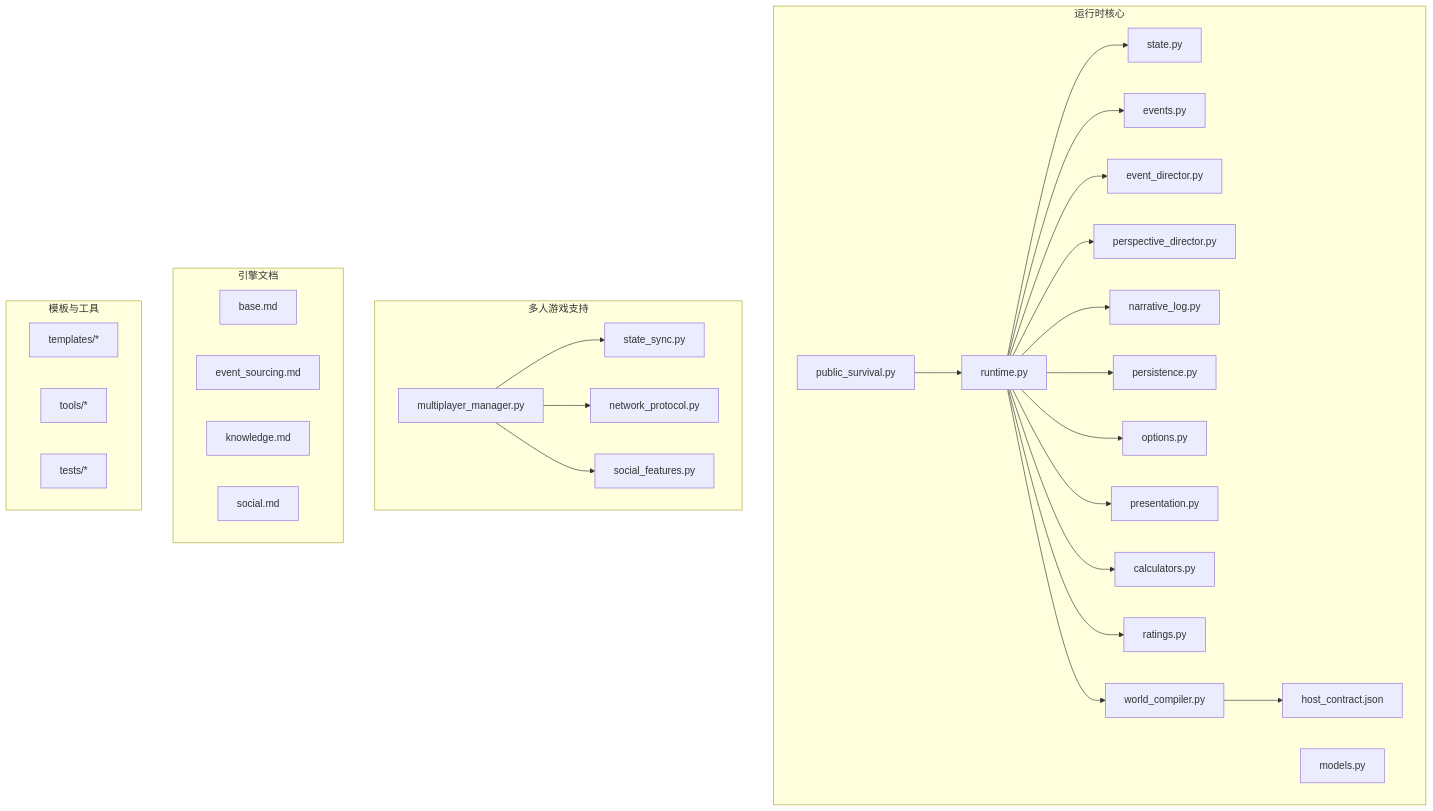
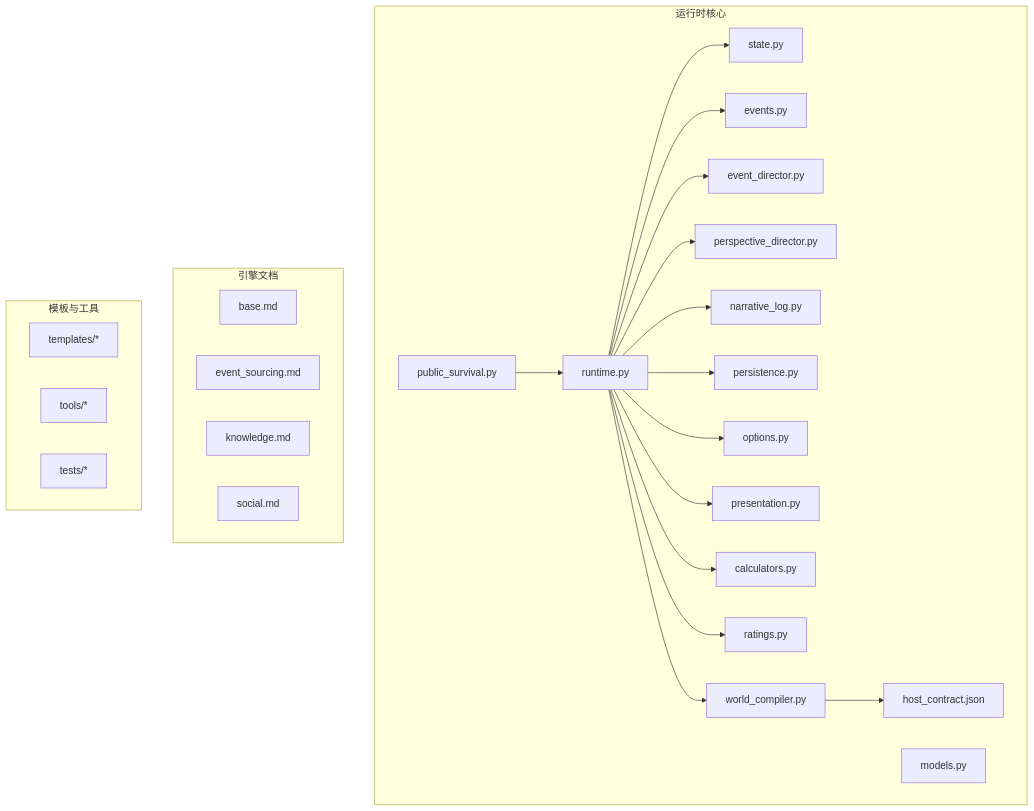
One commit to Ivandanslespace/thegreatnovel changed the first of 9 diagrams in .qoder/repowiki/zh/content/运行时系统/公共生存模式.md. Above: the diagram before and after it, drawn with Mermaid. The commit also changed other lines of this file and 100 other files, not shown here.

````diff
--- a/.qoder/repowiki/zh/content/运行时系统/公共生存模式.md
+++ b/.qoder/repowiki/zh/content/运行时系统/公共生存模式.md
@@ -61,53 +60,44 @@
 ```mermaid
 graph TB
 subgraph "运行时核心"
 PS["public_survival.py"]
 RT["runtime.py"]
 ST["state.py"]
 MD["models.py"]
 EV["events.py"]
 ED["event_director.py"]
 PD["perspective_director.py"]
 NL["narrative_log.py"]
 PERS["persistence.py"]
 OPT["options.py"]
 PRE["presentation.py"]
 CALC["calculators.py"]
 RAT["ratings.py"]
 WC["world_compiler.py"]
 HC["host_contract.json"]
-end
-subgraph "多人游戏支持"
-MP["multiplayer_manager.py"]
-SYNC["state_sync.py"]
-NET["network_protocol.py"]
-SOC["social_features.py"]
 end
 subgraph "引擎文档"
 BASE["base.md"]
 ES["event_sourcing.md"]
 KNOW["knowledge.md"]
 SOCDOC["social.md"]
 end
 subgraph "模板与工具"
 TPL["templates/*"]
 TOOLS["tools/*"]
 TESTS["tests/*"]
 end
 PS --> RT
 RT --> ST
 RT --> EV
 RT --> ED
 RT --> PD
 RT --> NL
 RT --> PERS
 RT --> OPT
 RT --> PRE
 RT --> CALC
 RT --> RAT
 RT --> WC
 WC --> HC
-MP --> SYNC
-MP --> NET
-MP --> SOC
 ```
````
